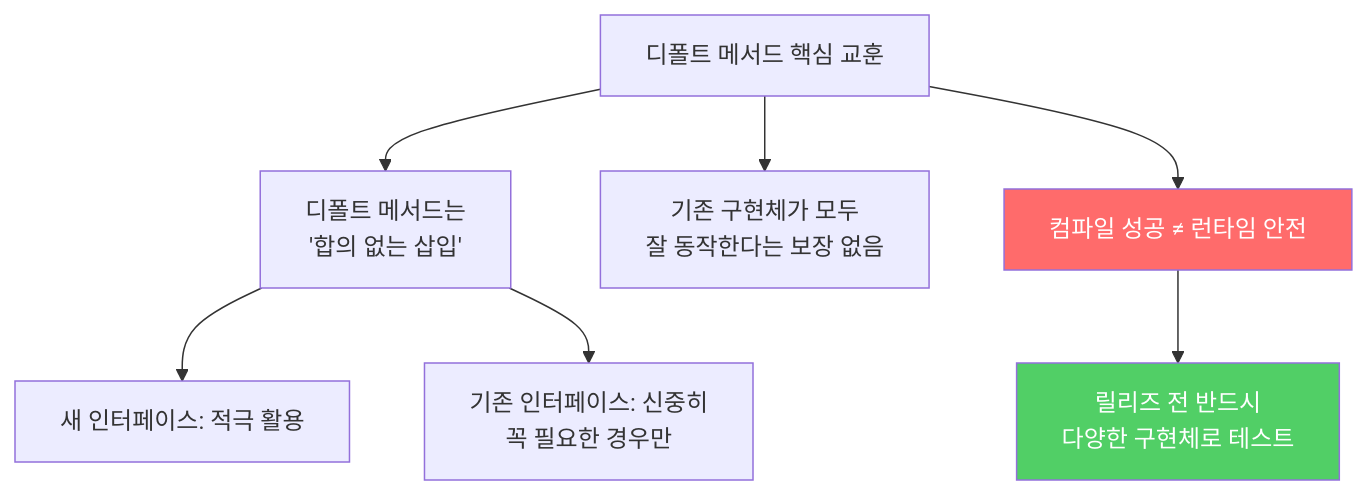
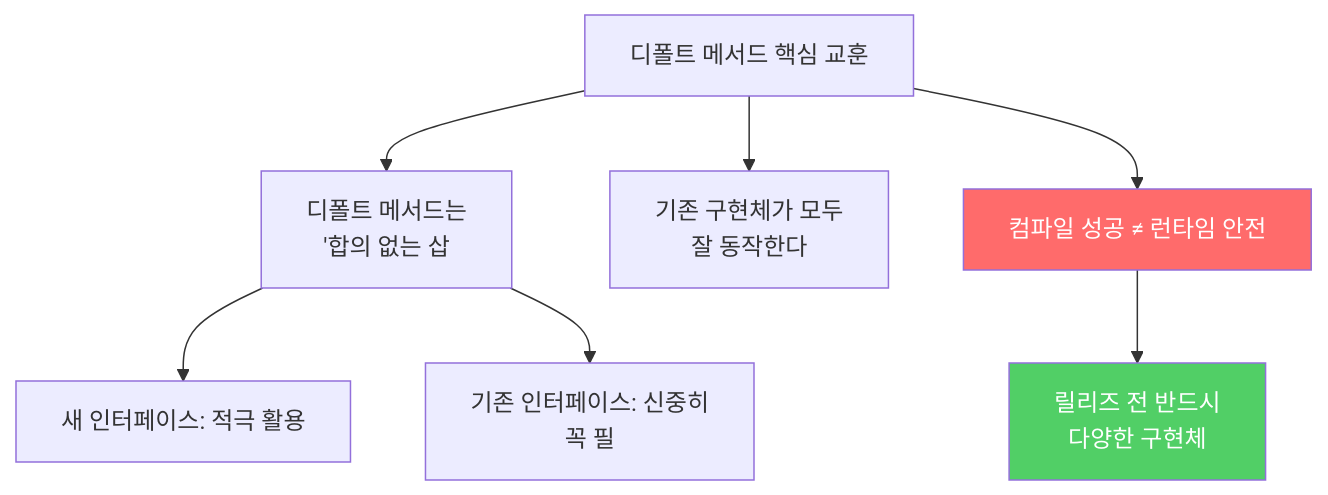
The fourth of 4 diagrams in _posts/java/2022-01-04-effective-java21.md (yjkim2015/yjkim2015.github.io), drawn with Mermaid before and after one commit. The commit also changed other lines of this file and 271 other files, not shown here.

First line of the commit message:
Mermaid 라벨 축소: 긴 노드 텍스트 18자 이하로 트림 + \n 제거

````diff
--- a/_posts/java/2022-01-04-effective-java21.md
+++ b/_posts/java/2022-01-04-effective-java21.md
@@ -148,11 +148,11 @@
 ```mermaid
 graph TD
-    A["디폴트 메서드 핵심 교훈"] --> B["디폴트 메서드는\n'합의 없는 삽입'"]
-    A --> C["기존 구현체가 모두\n잘 동작한다는 보장 없음"]
+    A["디폴트 메서드 핵심 교훈"] --> B["디폴트 메서드는\n'합의 없는 삽"]
+    A --> C["기존 구현체가 모두\n잘 동작한다"]
     A --> D["컴파일 성공 ≠ 런타임 안전"]
     B --> E["새 인터페이스: 적극 활용"]
-    B --> F["기존 인터페이스: 신중히\n꼭 필요한 경우만"]
-    D --> G["릴리즈 전 반드시\n다양한 구현체로 테스트"]
+    B --> F["기존 인터페이스: 신중히\n꼭 필"]
+    D --> G["릴리즈 전 반드시\n다양한 구현체"]
     style D fill:#ff6b6b,color:#fff
     style G fill:#51cf66,color:#fff
 ```
````
